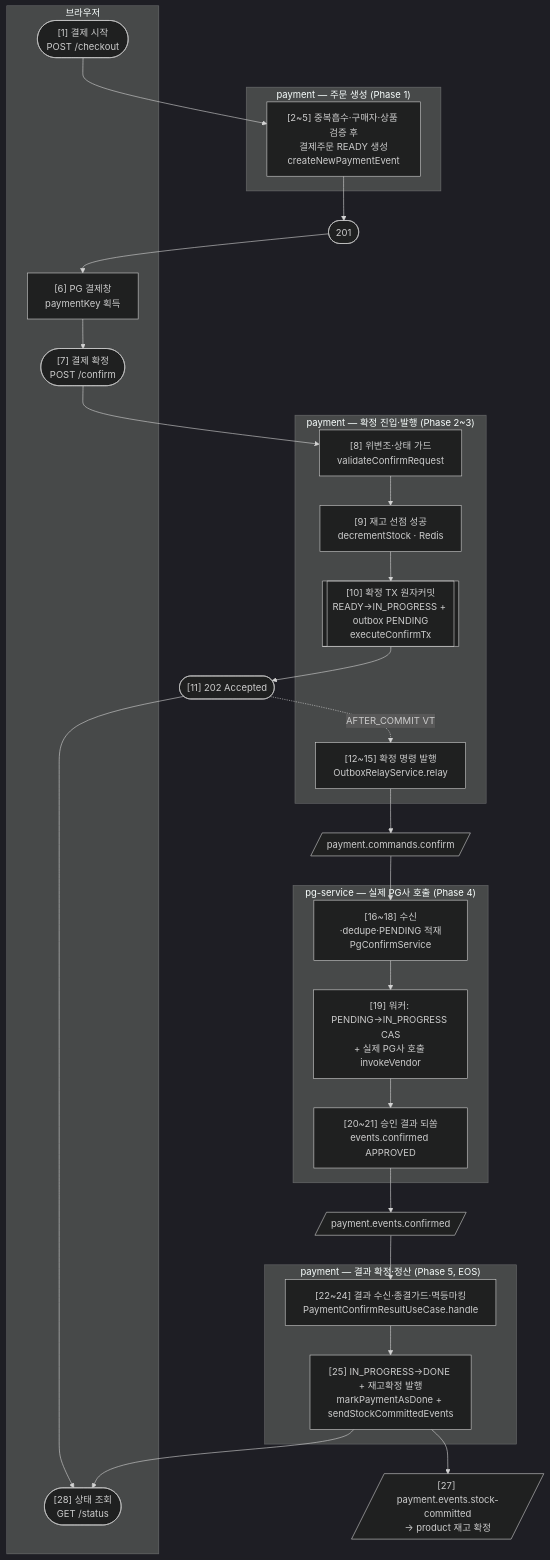
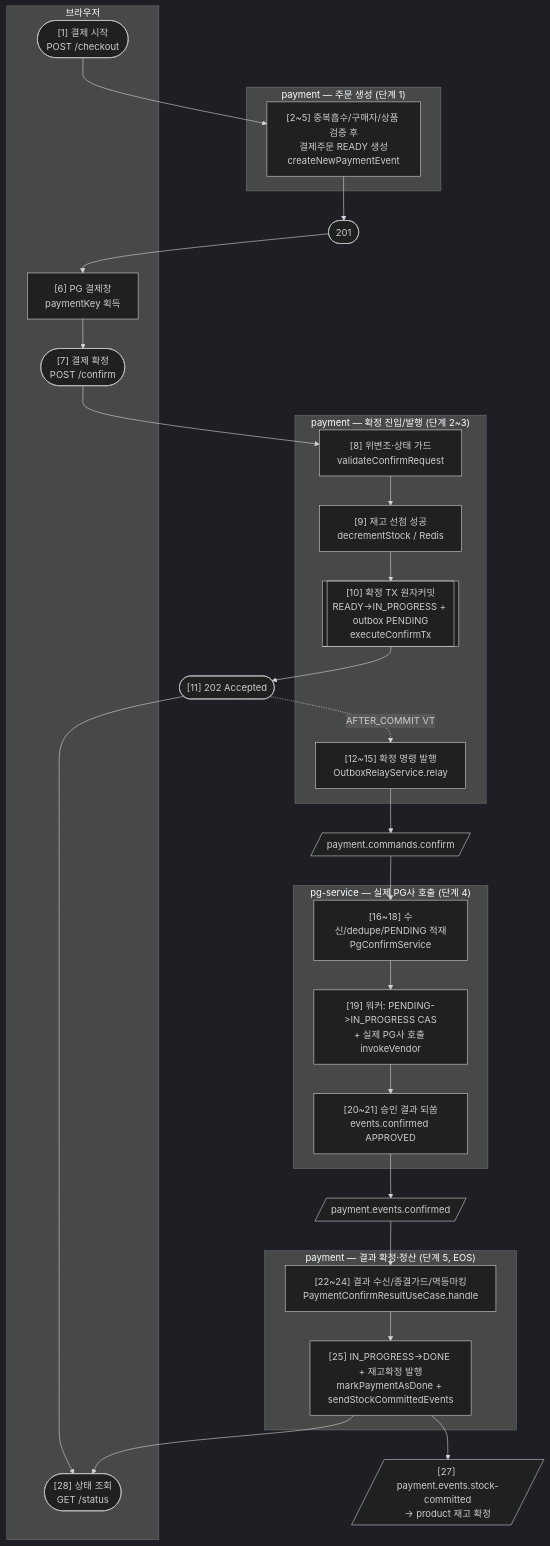
Before and after one commit to hyoguoo/payment-platform: the second of 4 diagrams in docs/context/PAYMENT-FLOW-GUIDE.md, drawn with Mermaid (dark theme). The commit also changed other lines of this file and 3 other files, not shown here.

````diff
--- a/docs/context/PAYMENT-FLOW-GUIDE.md
+++ b/docs/context/PAYMENT-FLOW-GUIDE.md
@@ -155,45 +163,45 @@
 ```mermaid
 flowchart TD
     subgraph BROWSER["브라우저"]
         CO(["[1] 결제 시작<br/>POST /checkout"])
         SDK["[6] PG 결제창<br/>paymentKey 획득"]
         CF(["[7] 결제 확정<br/>POST /confirm"])
         POLL(["[28] 상태 조회<br/>GET /status"])
     end
 
-    subgraph PAY1["payment — 주문 생성 (Phase 1)"]
-        CREATE["[2~5] 중복흡수·구매자·상품 검증 후<br/>결제주문 READY 생성<br/>createNewPaymentEvent"]
+    subgraph PAY1["payment — 주문 생성 (단계 1)"]
+        CREATE["[2~5] 중복흡수/구매자/상품 검증 후<br/>결제주문 READY 생성<br/>createNewPaymentEvent"]
     end
 
     CO --> CREATE --> C201(["201"]) --> SDK --> CF
 
-    subgraph PAY2["payment — 확정 진입·발행 (Phase 2~3)"]
+    subgraph PAY2["payment — 확정 진입/발행 (단계 2~3)"]
         VAL["[8] 위변조·상태 가드<br/>validateConfirmRequest"]
-        DECR["[9] 재고 선점 성공<br/>decrementStock · Redis"]
-        ETX[["[10] 확정 TX 원자커밋<br/>READY→IN_PROGRESS + outbox PENDING<br/>executeConfirmTx"]]
+        DECR["[9] 재고 선점 성공<br/>decrementStock / Redis"]
+        ETX[["[10] 확정 TX 원자커밋<br/>READY->IN_PROGRESS + outbox PENDING<br/>executeConfirmTx"]]
         REL["[12~15] 확정 명령 발행<br/>OutboxRelayService.relay"]
     end
 
     CF --> VAL --> DECR --> ETX --> A202(["[11] 202 Accepted"])
     A202 -. AFTER_COMMIT VT .-> REL
     A202 --> POLL
     REL --> KC[/"payment.commands.confirm"/]
 
-    subgraph PG["pg-service — 실제 PG사 호출 (Phase 4)"]
-        PGC["[16~18] 수신·dedupe·PENDING 적재<br/>PgConfirmService"]
-        PGW["[19] 워커: PENDING→IN_PROGRESS CAS<br/>+ 실제 PG사 호출 invokeVendor"]
+    subgraph PG["pg-service — 실제 PG사 호출 (단계 4)"]
+        PGC["[16~18] 수신/dedupe/PENDING 적재<br/>PgConfirmService"]
+        PGW["[19] 워커: PENDING->IN_PROGRESS CAS<br/>+ 실제 PG사 호출 invokeVendor"]
         RA["[20~21] 승인 결과 되쏨<br/>events.confirmed APPROVED"]
     end
 
     KC --> PGC --> PGW --> RA
     RA --> KE[/"payment.events.confirmed"/]
 
-    subgraph PAY3["payment — 결과 확정·정산 (Phase 5, EOS)"]
-        HANDLE["[22~24] 결과 수신·종결가드·멱등마킹<br/>PaymentConfirmResultUseCase.handle"]
-        DONE["[25] IN_PROGRESS→DONE + 재고확정 발행<br/>markPaymentAsDone + sendStockCommittedEvents"]
+    subgraph PAY3["payment — 결과 확정·정산 (단계 5, EOS)"]
+        HANDLE["[22~24] 결과 수신/종결가드/멱등마킹<br/>PaymentConfirmResultUseCase.handle"]
+        DONE["[25] IN_PROGRESS->DONE + 재고확정 발행<br/>markPaymentAsDone + sendStockCommittedEvents"]
     end
 
     KE --> HANDLE --> DONE
-    DONE --> SC[/"[27] payment.events.stock-committed<br/>→ product 재고 확정"/]
+    DONE --> SC[/"[27] payment.events.stock-committed<br/>-> product 재고 확정"/]
     DONE --> POLL
 ```
````
